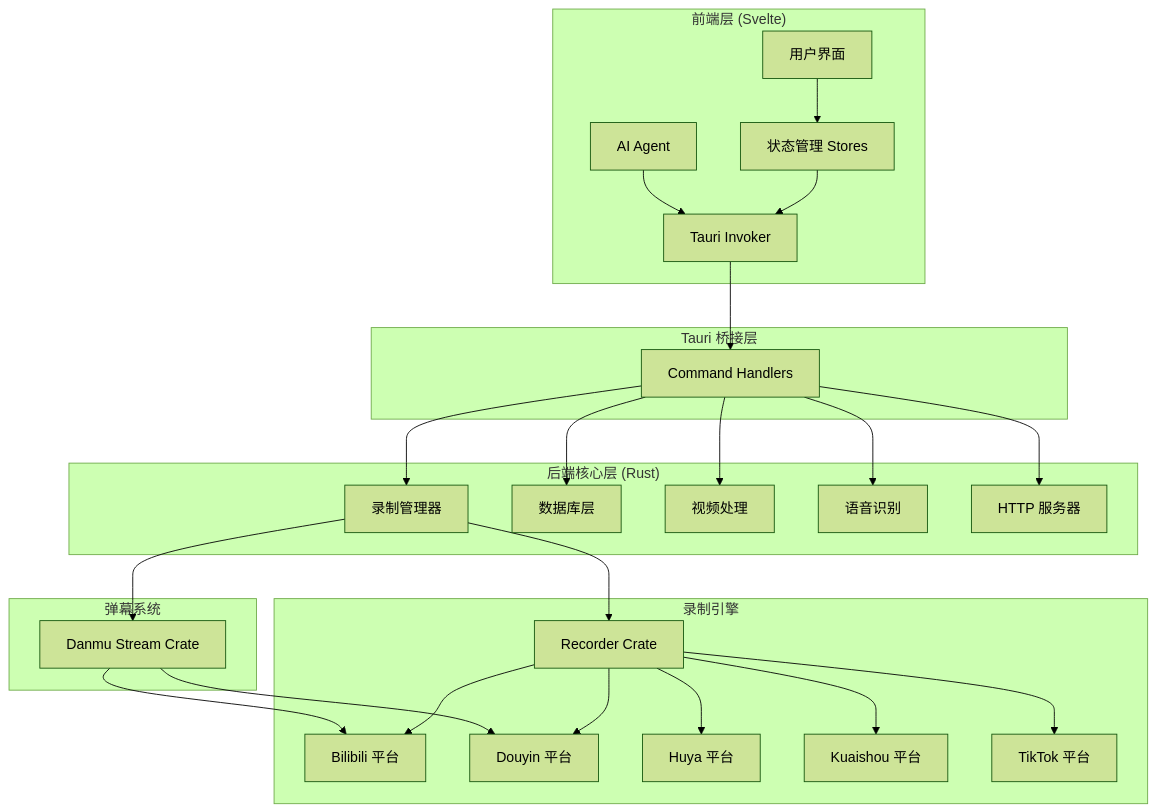
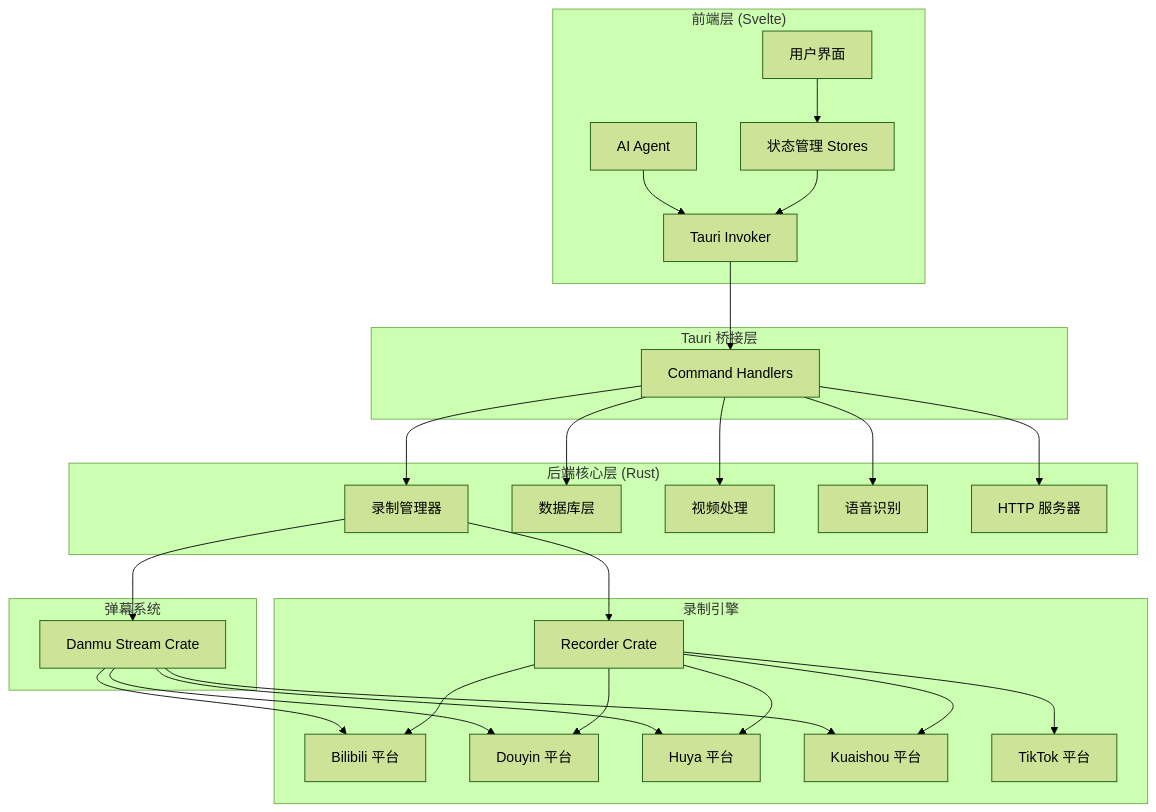
Before and after one commit to Xinrea/bili-shadowreplay: the first of 3 diagrams in docs/development/architecture/overview.md, drawn with Mermaid (forest theme). The commit also changed 9 other files, not shown here.

````diff
--- a/docs/development/architecture/overview.md
+++ b/docs/development/architecture/overview.md
@@ -29,56 +29,58 @@
 ```mermaid
 graph TB
     subgraph "前端层 (Svelte)"
         UI[用户界面]
         Store[状态管理 Stores]
         Agent[AI Agent]
         Invoker[Tauri Invoker]
     end
 
     subgraph "Tauri 桥接层"
         Commands[Command Handlers]
     end
 
     subgraph "后端核心层 (Rust)"
         RecorderMgr[录制管理器]
         Database[数据库层]
         FFmpeg[视频处理]
         Whisper[语音识别]
         HttpServer[HTTP 服务器]
     end
 
     subgraph "录制引擎"
         Recorder[Recorder Crate]
         Bilibili[Bilibili 平台]
         Douyin[Douyin 平台]
         Huya[Huya 平台]
         Kuaishou[Kuaishou 平台]
         TikTok[TikTok 平台]
     end
 
     subgraph "弹幕系统"
         DanmuStream[Danmu Stream Crate]
     end
 
     UI --> Store
     Store --> Invoker
     Agent --> Invoker
     Invoker --> Commands
 
     Commands --> RecorderMgr
     Commands --> Database
     Commands --> FFmpeg
     Commands --> Whisper
     Commands --> HttpServer
 
     RecorderMgr --> Recorder
     Recorder --> Bilibili
     Recorder --> Douyin
     Recorder --> Huya
     Recorder --> Kuaishou
     Recorder --> TikTok
 
     RecorderMgr --> DanmuStream
     DanmuStream --> Bilibili
     DanmuStream --> Douyin
+    DanmuStream --> Huya
+    DanmuStream --> Kuaishou
 ```
````
